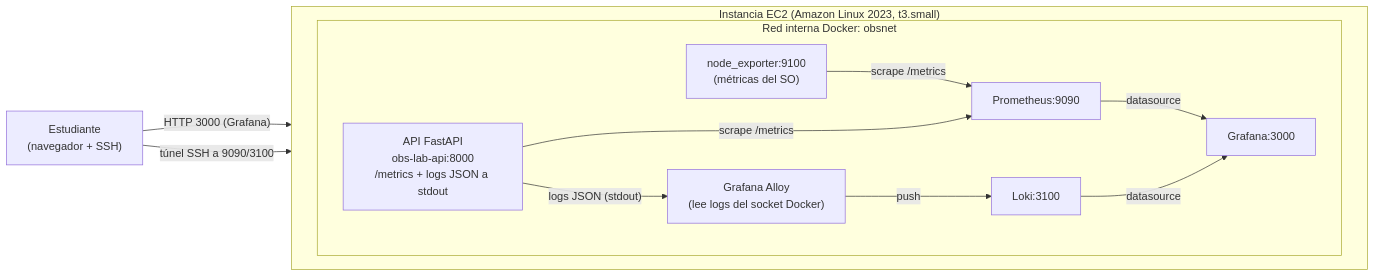
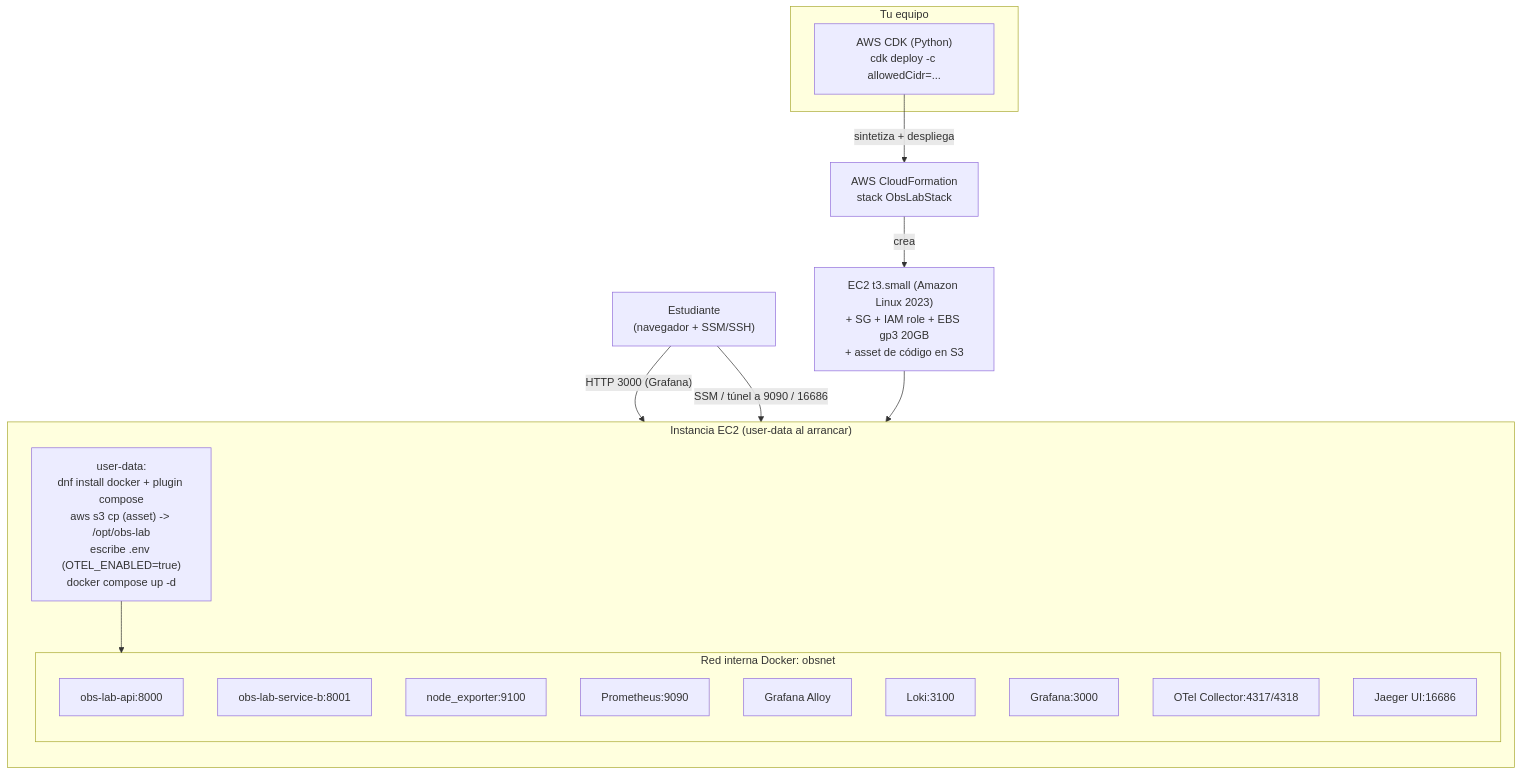
Before and after one commit to AWS-Cloud-Club-at-Universidad-del-Valle/challenge-sre: the diagram in 01-metricas-y-logs.md, drawn with Mermaid. The commit also changed other lines of this file and 3 other files, not shown here.

````diff
--- a/01-metricas-y-logs.md
+++ b/01-metricas-y-logs.md
@@ -73,24 +78,30 @@
 ```mermaid
-flowchart LR
-  subgraph EC2["Instancia EC2 (Amazon Linux 2023, t3.small)"]
-    direction LR
+flowchart TB
+  subgraph LOCAL["Tu equipo"]
+    CDK["AWS CDK (Python)\ncdk deploy -c allowedCidr=..."]
+  end
+
+  CDK -- "sintetiza + despliega" --> CFN["AWS CloudFormation\nstack ObsLabStack"]
+  CFN -- "crea" --> EC2DEF["EC2 t3.small (Amazon Linux 2023)\n+ SG + IAM role + EBS gp3 20GB\n+ asset de código en S3"]
+
+  subgraph EC2["Instancia EC2 (user-data al arrancar)"]
+    direction TB
+    UD["user-data:\ndnf install docker + plugin compose\naws s3 cp (asset) -> /opt/obs-lab\nescribe .env (OTEL_ENABLED=true)\ndocker compose up -d"]
     subgraph obsnet["Red interna Docker: obsnet"]
-      API["API FastAPI\nobs-lab-api:8000\n/metrics + logs JSON a stdout"]
-      NE["node_exporter:9100\n(métricas del SO)"]
+      API["obs-lab-api:8000"]
+      SB["obs-lab-service-b:8001"]
+      NE["node_exporter:9100"]
       PROM["Prometheus:9090"]
-      ALLOY["Grafana Alloy\n(lee logs del socket Docker)"]
+      ALLOY["Grafana Alloy"]
       LOKI["Loki:3100"]
       GRAF["Grafana:3000"]
+      COL["OTel Collector:4317/4318"]
+      JAEG["Jaeger UI:16686"]
     end
+    UD --> obsnet
   end
 
-  NE -- "scrape /metrics" --> PROM
-  API -- "scrape /metrics" --> PROM
-  API -- "logs JSON (stdout)" --> ALLOY
-  ALLOY -- "push" --> LOKI
-  PROM -- "datasource" --> GRAF
-  LOKI -- "datasource" --> GRAF
-
-  DEV["Estudiante\n(navegador + SSH)"] -- "HTTP 3000 (Grafana)" --> GRAF
-  DEV -- "túnel SSH a 9090/3100" --> PROM
+  EC2DEF --> EC2
+  DEV["Estudiante\n(navegador + SSM/SSH)"] -- "HTTP 3000 (Grafana)" --> GRAF
+  DEV -- "SSM / túnel a 9090 / 16686" --> PROM
 ```
````
